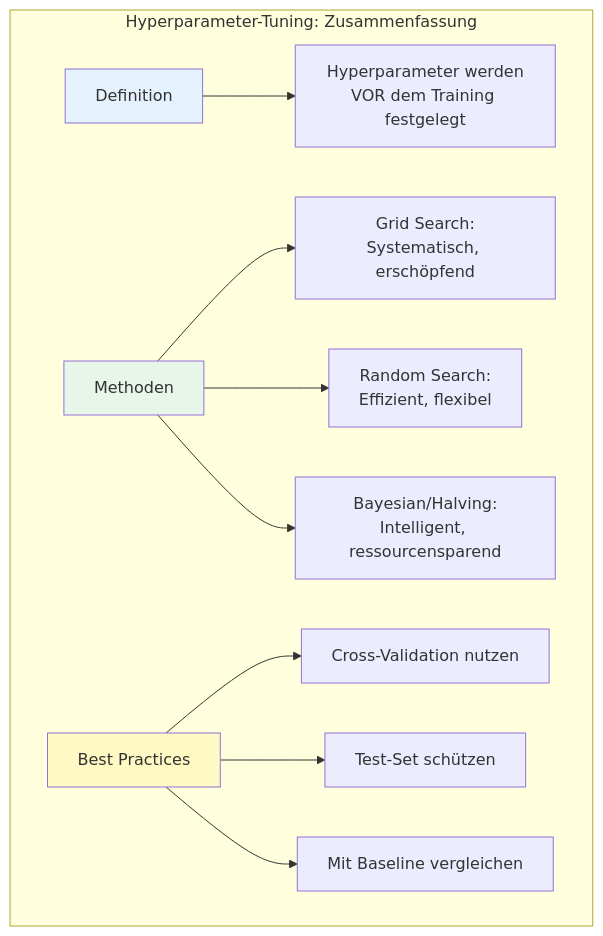
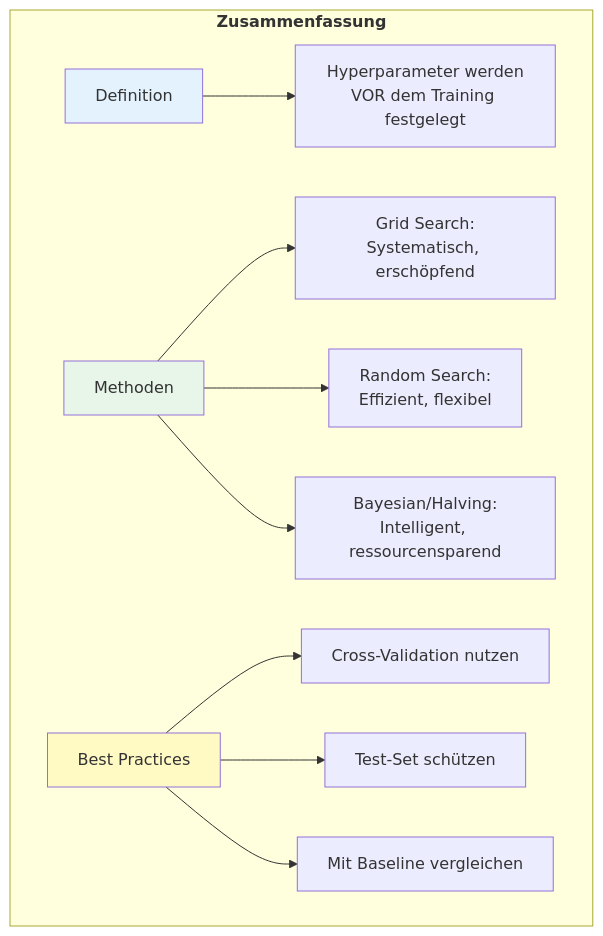
One commit to ralf-42/ML_Intro changed diagram 12 of 12 in docs/concepts/evaluate/hyperparameter_tuning.md. Above: the diagram before and after it, drawn with Mermaid. The commit also changed other lines of this file and 1 other file, not shown here.

````diff
--- a/docs/concepts/evaluate/hyperparameter_tuning.md
+++ b/docs/concepts/evaluate/hyperparameter_tuning.md
@@ -860,21 +860,21 @@
 ```mermaid
 flowchart TB
-    subgraph summary["Hyperparameter-Tuning: Zusammenfassung"]
+    subgraph summary["<b>Zusammenfassung"]
         D["Definition"]
         D --> D1["Hyperparameter werden<br/>VOR dem Training festgelegt"]
         
         M["Methoden"]
         M --> M1["Grid Search:<br/>Systematisch, erschöpfend"]
         M --> M2["Random Search:<br/>Effizient, flexibel"]
         M --> M3["Bayesian/Halving:<br/>Intelligent, ressourcensparend"]
         
         BP["Best Practices"]
         BP --> BP1["Cross-Validation nutzen"]
         BP --> BP2["Test-Set schützen"]
         BP --> BP3["Mit Baseline vergleichen"]
     end
     
     style D fill:#e3f2fd
     style M fill:#e8f5e9
     style BP fill:#fff9c4
 ```
````
